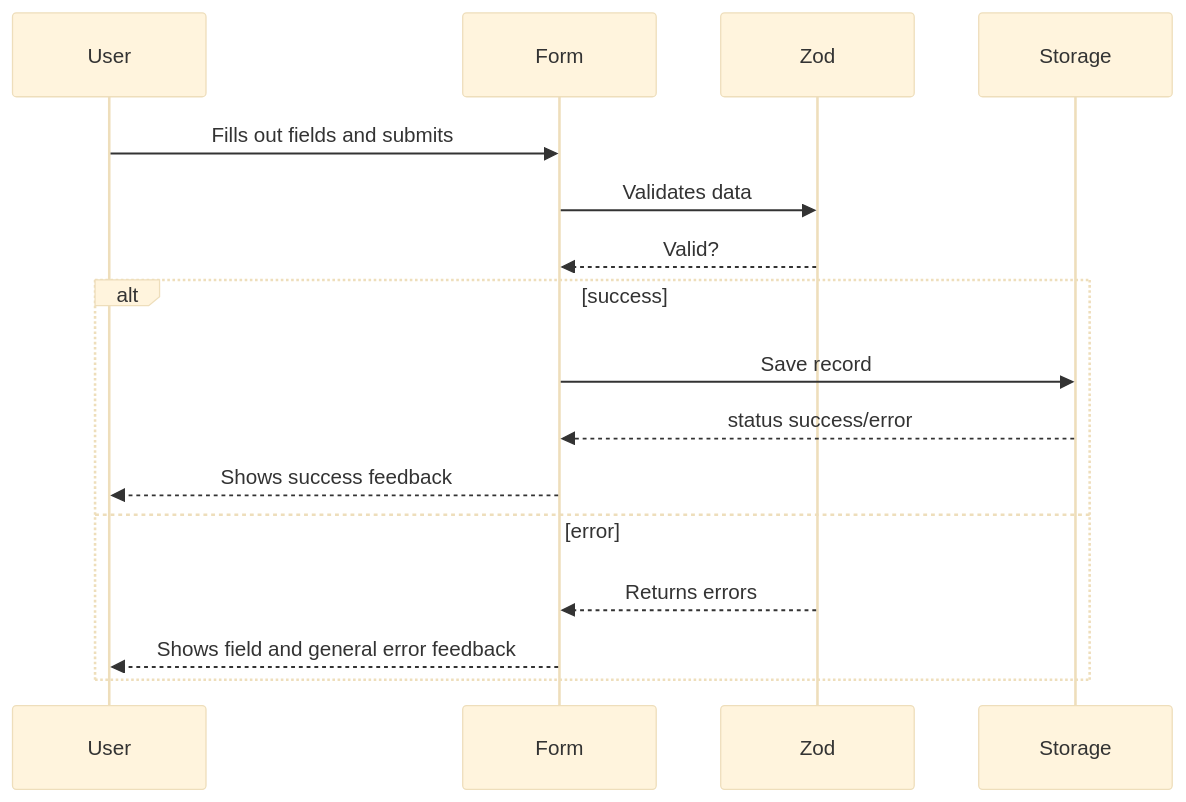
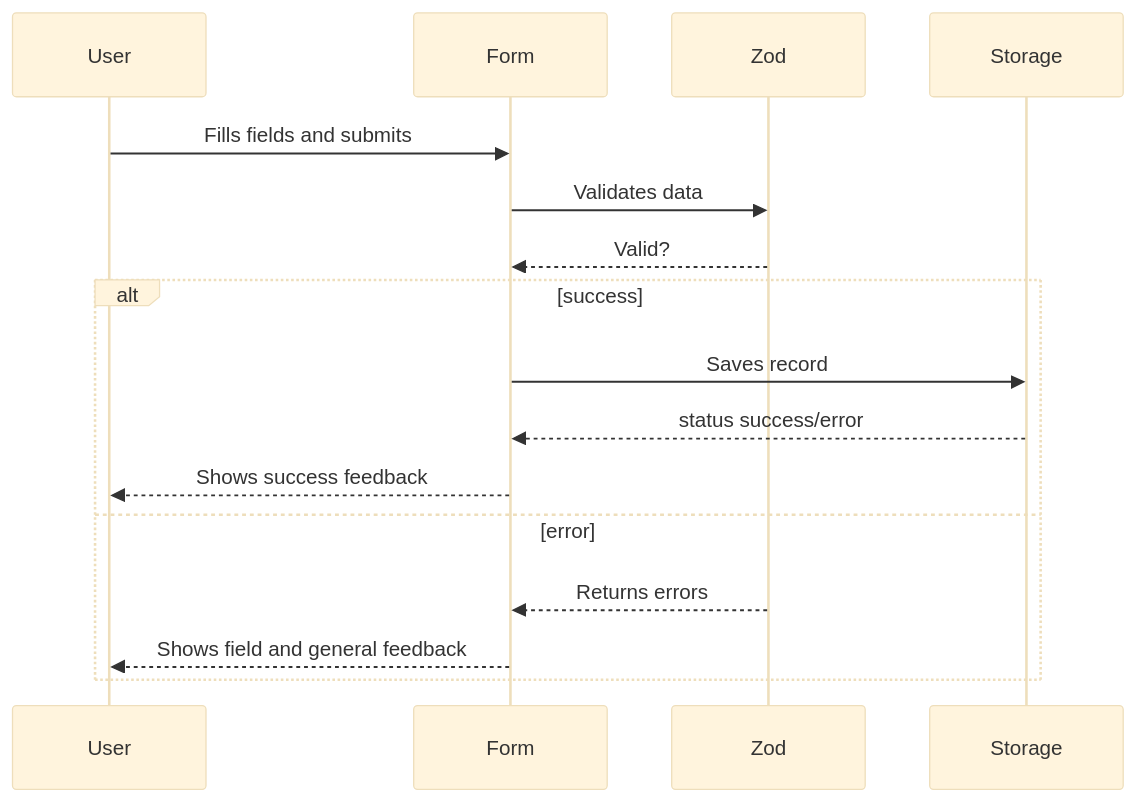
One commit to RadikeCosa/blog-astro changed the diagram in src/content/posts/side-project-nutritional-tracker-5.en.md. Above: the diagram before and after it, drawn with Mermaid (base theme). The commit also changed other lines of this file and 13 other files, not shown here.

````diff
--- a/src/content/posts/side-project-nutritional-tracker-5.en.md
+++ b/src/content/posts/side-project-nutritional-tracker-5.en.md
@@ -84,18 +85,18 @@
 ```mermaid
 sequenceDiagram
     participant User
     participant Form
     participant Zod
     participant Storage
-    User->>Form: Fills out fields and submits
+    User->>Form: Fills fields and submits
     Form->>Zod: Validates data
     Zod-->>Form: Valid?
     alt success
-        Form->>Storage: Save record
+        Form->>Storage: Saves record
         Storage-->>Form: status success/error
         Form-->>User: Shows success feedback
     else error
         Zod-->>Form: Returns errors
-        Form-->>User: Shows field and general error feedback
+        Form-->>User: Shows field and general feedback
     end
 ```
````
